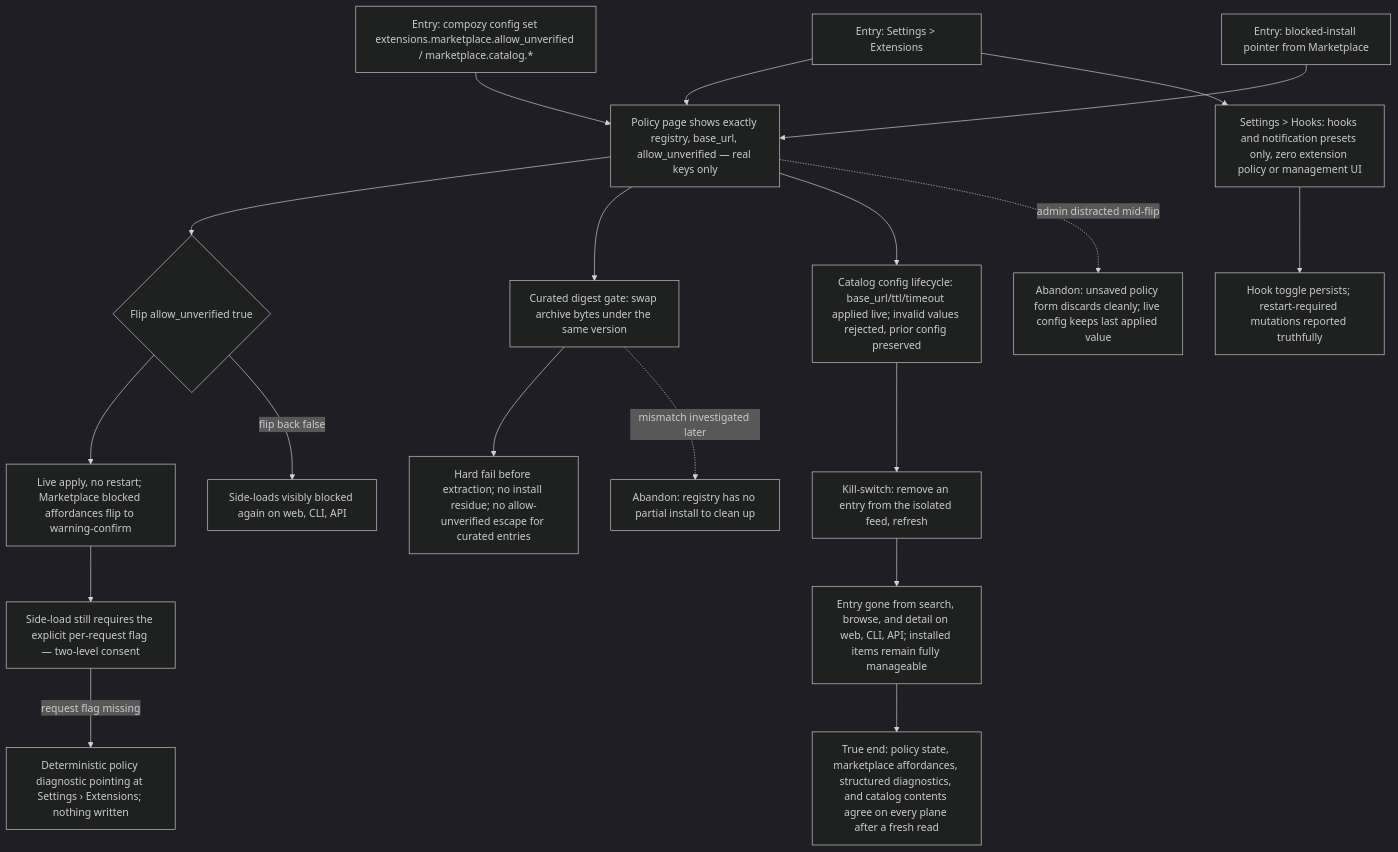
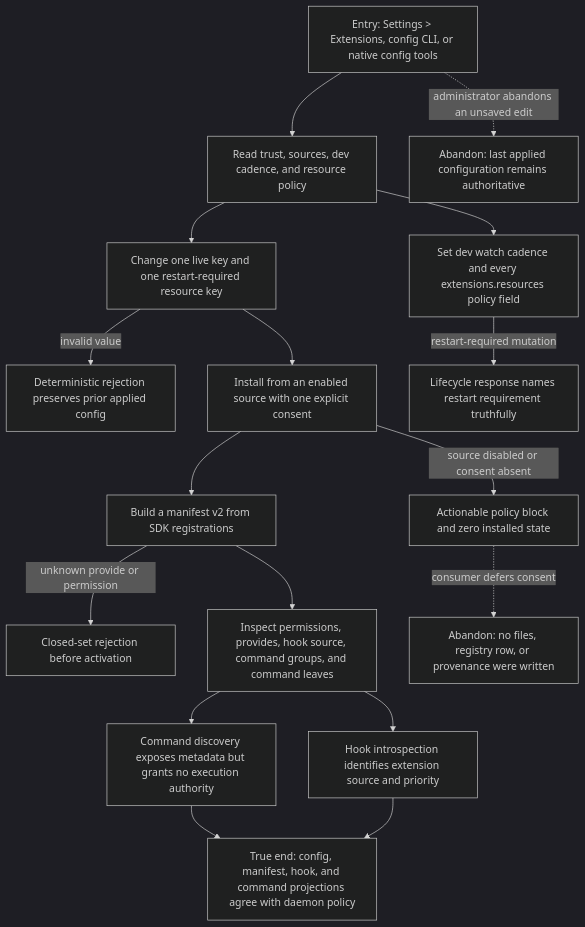
Before and after one commit to compozy/compozy: the diagram in docs/qa/journeys/J-extension-policy-admin.md, drawn with Mermaid (dark theme). The commit also changed other lines of this file and 35 other files, not shown here.

First line of the commit message:
feat: QA Plan and Session Charters #10

````diff
--- a/docs/qa/journeys/J-extension-policy-admin.md
+++ b/docs/qa/journeys/J-extension-policy-admin.md
@@ -5,21 +7,19 @@
 ```mermaid
 flowchart TD
-  A[Entry: Settings > Extensions] --> B[Policy page shows exactly registry, base_url, allow_unverified — real keys only]
-  A2[Entry: compozy config set extensions.marketplace.allow_unverified / marketplace.catalog.*] --> B
-  A3[Entry: blocked-install pointer from Marketplace] --> B
-  B --> C{Flip allow_unverified true}
-  C --> D[Live apply, no restart; Marketplace blocked affordances flip to warning-confirm]
-  D --> E[Side-load still requires the explicit per-request flag — two-level consent]
-  E -->|request flag missing| E2[Deterministic policy diagnostic pointing at Settings › Extensions; nothing written]
-  C -->|flip back false| F[Side-loads visibly blocked again on web, CLI, API]
-  B --> G[Curated digest gate: swap archive bytes under the same version]
-  G --> G2[Hard fail before extraction; no install residue; no allow-unverified escape for curated entries]
-  B --> H[Catalog config lifecycle: base_url/ttl/timeout applied live; invalid values rejected, prior config preserved]
-  H --> I[Kill-switch: remove an entry from the isolated feed, refresh]
-  I --> J[Entry gone from search, browse, and detail on web, CLI, API; installed items remain fully manageable]
-  A --> K[Settings > Hooks: hooks and notification presets only, zero extension policy or management UI]
-  K --> K2[Hook toggle persists; restart-required mutations reported truthfully]
-  B -.->|admin distracted mid-flip| X1[Abandon: unsaved policy form discards cleanly; live config keeps last applied value]
-  G -.->|mismatch investigated later| X2[Abandon: registry has no partial install to clean up]
-  J --> Z[True end: policy state, marketplace affordances, structured diagnostics, and catalog contents agree on every plane after a fresh read]
+  A[Entry: Settings > Extensions, config CLI, or native config tools] --> B[Read trust, sources, dev cadence, and resource policy]
+  B --> C[Change one live key and one restart-required resource key]
+  C -->|invalid value| C1[Deterministic rejection preserves prior applied config]
+  C --> D[Install from an enabled source with one explicit consent]
+  D -->|source disabled or consent absent| D1[Actionable policy block and zero installed state]
+  D --> E[Build a manifest v2 from SDK registrations]
+  E -->|unknown provide or permission| E1[Closed-set rejection before activation]
+  E --> F[Inspect permissions, provides, hook source, command groups, and command leaves]
+  F --> G[Hook introspection identifies extension source and priority]
+  F --> H[Command discovery exposes metadata but grants no execution authority]
+  B --> I[Set dev watch cadence and every extensions.resources policy field]
+  I -->|restart-required mutation| I1[Lifecycle response names restart requirement truthfully]
+  A -.->|administrator abandons an unsaved edit| X1[Abandon: last applied configuration remains authoritative]
+  D1 -.->|consumer defers consent| X2[Abandon: no files, registry row, or provenance were written]
+  H --> Z[True end: config, manifest, hook, and command projections agree with daemon policy]
+  G --> Z
 ```
````
